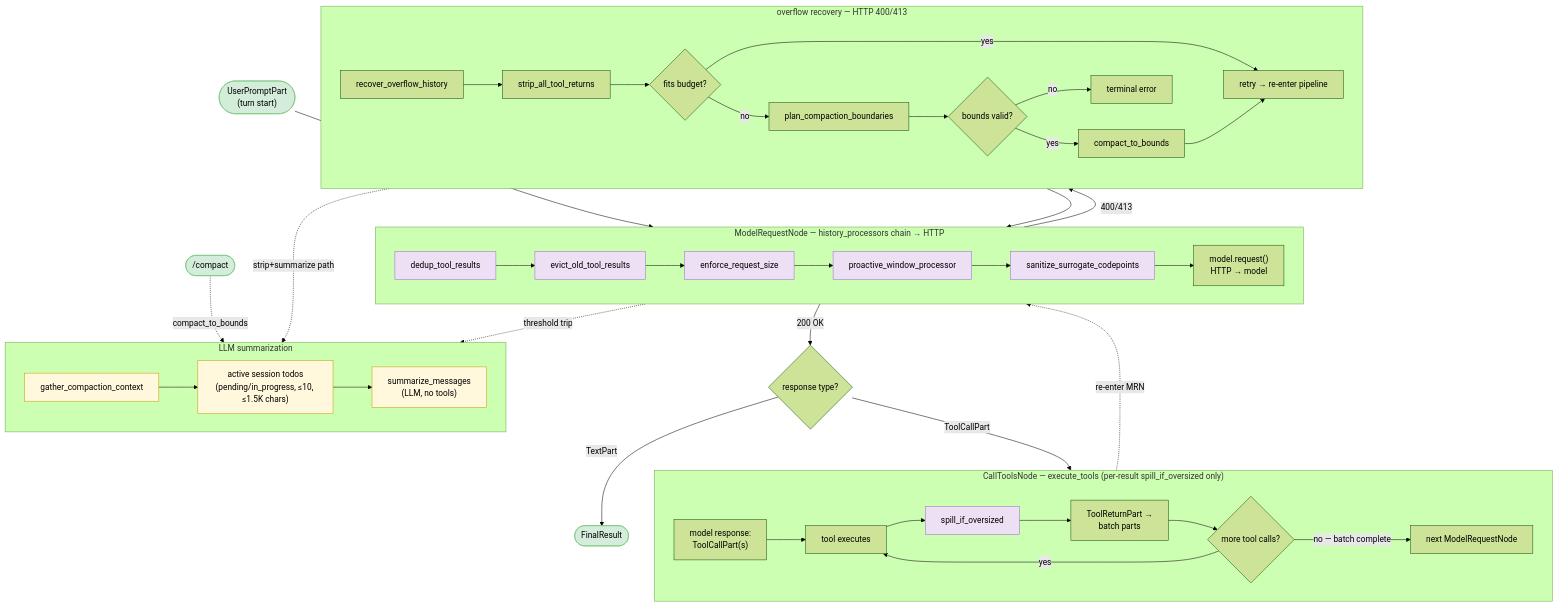
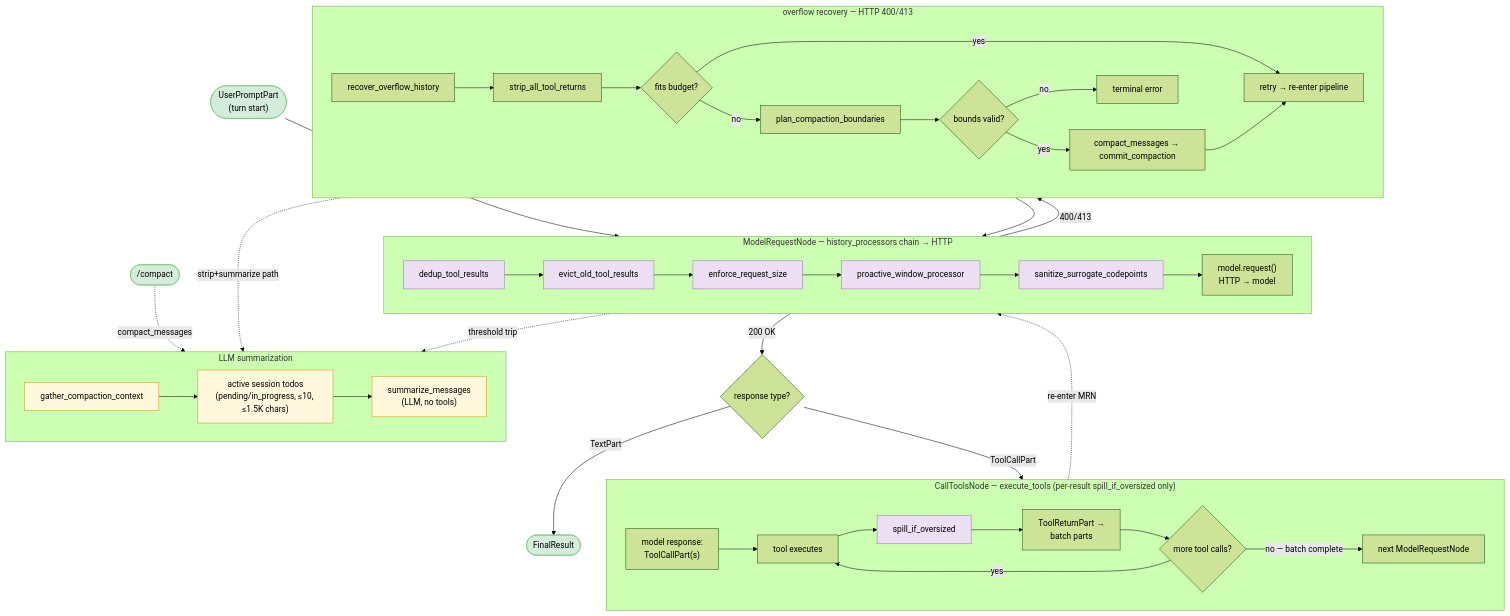
The diagram in docs/specs/compaction.md (binlecode/co-cli), drawn with Mermaid (forest theme) before and after one commit. The commit also changed other lines of this file and 6 other files, not shown here.

````diff
--- a/docs/specs/compaction.md
+++ b/docs/specs/compaction.md
@@ -83,55 +83,55 @@
 ```mermaid
 flowchart TD
     UPN(["UserPromptPart\n(turn start)"])
     FINAL(["FinalResult"])
     RTYPE{"response type?"}
 
     subgraph MRN["ModelRequestNode — history_processors chain → HTTP"]
         direction LR
         C0["dedup_tool_results"] --> C1["evict_old_tool_results"] --> CE["enforce_request_size"] --> C2["proactive_window_processor"] --> C3["sanitize_surrogate_codepoints"] --> HTTP["model.request()\nHTTP → model"]
     end
 
     subgraph CTN["CallToolsNode — execute_tools (per-result spill_if_oversized only)"]
         direction LR
         TCALL["model response:\nToolCallPart(s)"] --> EXEC["tool executes"] --> M1["spill_if_oversized"] --> HIST["ToolReturnPart →\nbatch parts"] --> MORE{"more tool calls?"}
         MORE -->|yes| EXEC
         MORE -->|"no — batch complete"| NEXT["next ModelRequestNode"]
     end
 
     subgraph OVF["overflow recovery — HTTP 400/413"]
         direction LR
         OV1["recover_overflow_history"] --> OV2["strip_all_tool_returns"]
         OV2 --> OV3{"fits budget?"}
         OV3 -->|yes| OV4["retry → re-enter pipeline"]
         OV3 -->|no| OV5["plan_compaction_boundaries"] --> OV6{"bounds valid?"}
-        OV6 -->|yes| OV7["compact_to_bounds"] --> OV4
+        OV6 -->|yes| OV7["compact_messages → commit_compaction"] --> OV4
         OV6 -->|no| OV8["terminal error"]
     end
 
     COMPACT(["/compact"])
 
     subgraph SUM["LLM summarization"]
         direction LR
         GC["gather_compaction_context"]
         GC --> GC2["active session todos\n(pending/in_progress, ≤10, ≤1.5K chars)"]
         GC2 --> SUMM["summarize_messages\n(LLM, no tools)"]
     end
 
     UPN --> C0
     HTTP -->|"200 OK"| RTYPE
     HTTP -->|"400/413"| OV1
     OV4 --> C0
     RTYPE -->|ToolCallPart| TCALL
     RTYPE -->|TextPart| FINAL
     NEXT -.->|"re-enter MRN"| C0
     C2 -.->|"threshold trip"| GC
     OV7 -.->|"strip+summarize path"| GC
-    COMPACT -.->|"compact_to_bounds"| GC
+    COMPACT -.->|"compact_messages"| GC
 
     classDef hook fill:#ede0f5,stroke:#9c6fc7
     classDef term fill:#d4edda,stroke:#74c476
     classDef enr fill:#fff8dc,stroke:#cc9900
     class C0,C1,CE,C2,C3,M1 hook
     class UPN,FINAL,COMPACT term
     class GC,GC2,SUMM enr
 ```
````
